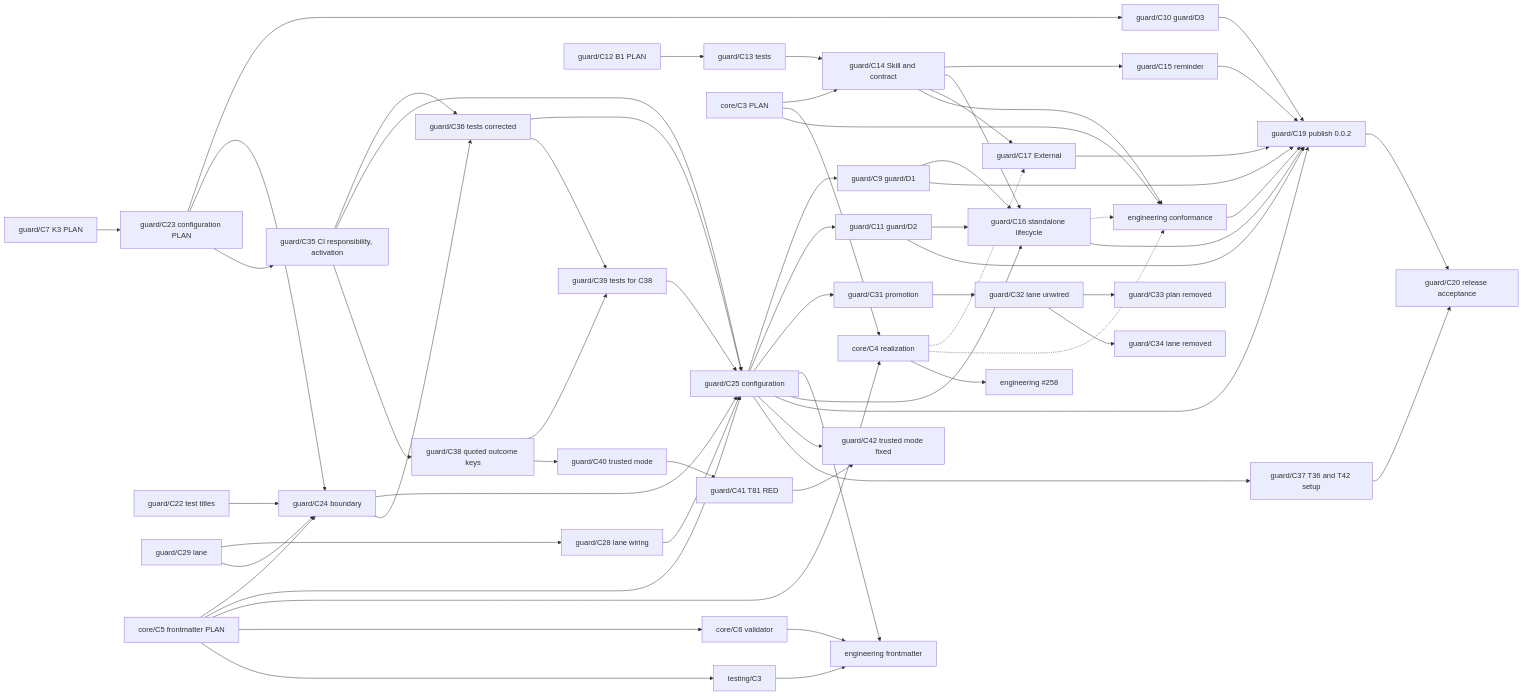
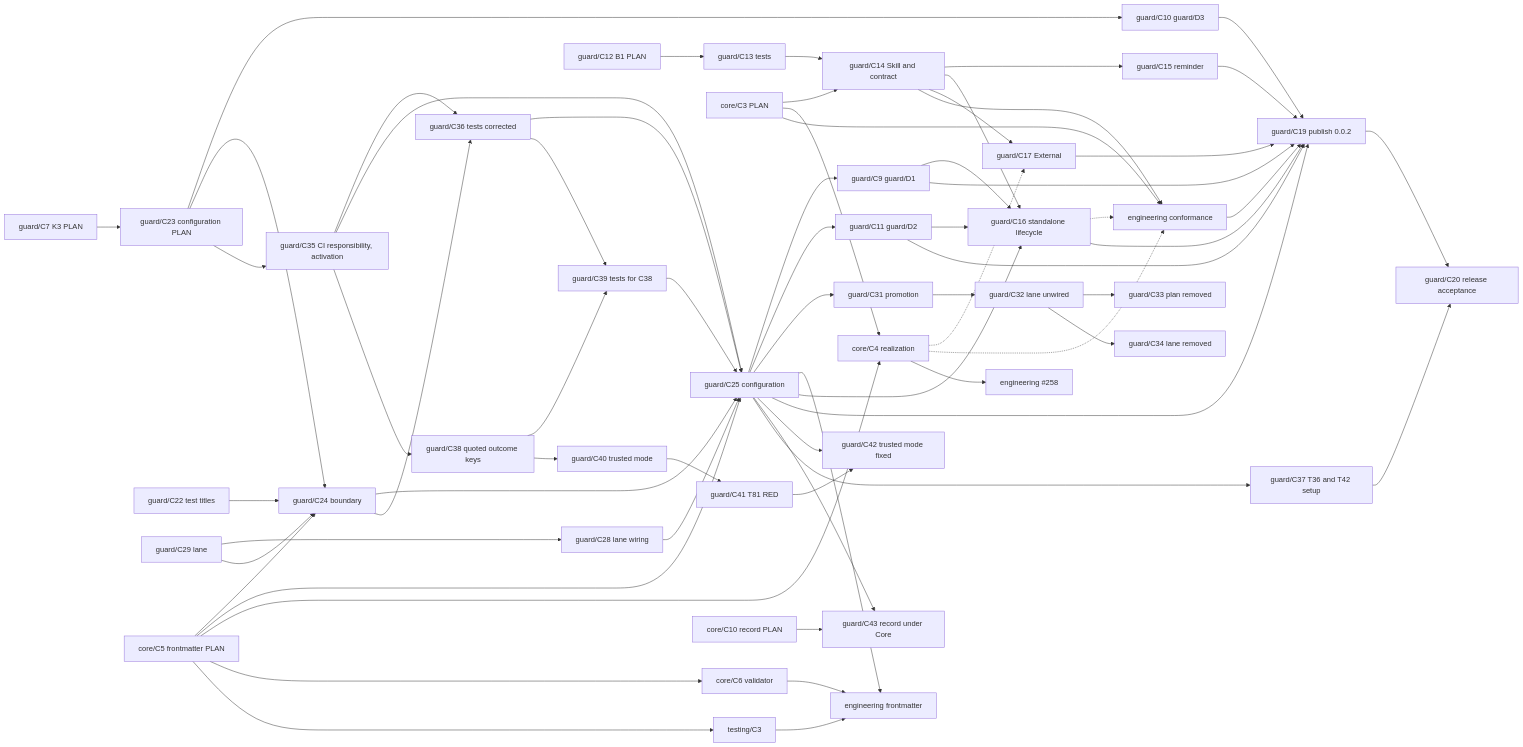
The diagram in engineering/guard/change.md (Kai-Hacks-AI/KAAL), drawn with Mermaid before and after one commit. The commit also changed other lines of this file and 1 other file, not shown here.

First line of the commit message:
guard/C43: the installation record under Core (PLAN) (#375)

````diff
--- a/engineering/guard/change.md
+++ b/engineering/guard/change.md
@@ -235,65 +238,67 @@
 ```mermaid
 graph LR
   C7[guard/C7 K3 PLAN] --> C23[guard/C23 configuration PLAN]
   C25 --> C9[guard/C9 guard/D1]
   C23 --> C10[guard/C10 guard/D3]
   C25 --> C11[guard/C11 guard/D2]
   C22[guard/C22 test titles] --> C24[guard/C24 boundary]
   C23 --> C24
   C29[guard/C29 lane] --> C28[guard/C28 lane wiring]
   C29 --> C24
   C28 --> C25
   C24 --> C25[guard/C25 configuration]
   C23 --> C35[guard/C35 CI responsibility, activation]
   C35 --> C36[guard/C36 tests corrected]
   C24 --> C36
   C35 --> C25
   C36 --> C25
   C25 --> C31[guard/C31 promotion]
   C31 --> C32[guard/C32 lane unwired]
   C32 --> C33[guard/C33 plan removed]
   C32 --> C34[guard/C34 lane removed]
   FM5 --> C24
   FM5 --> C25
   C25 --> FE
   C12[guard/C12 B1 PLAN] --> C13[guard/C13 tests]
   C13 --> C14[guard/C14 Skill and contract]
   CP[core/C3 PLAN] --> C14
   C14 --> C15[guard/C15 reminder]
   C14 --> C16[guard/C16 standalone lifecycle]
   C25 --> C16
   C9 --> C16
   C11 --> C16
   C14 --> C17[guard/C17 External]
   CP --> CR[core/C4 realization]
   FM5[core/C5 frontmatter PLAN] --> CR
   FM5 --> FM6[core/C6 validator]
   FM5 --> TT[testing/C3]
   FM6 --> FE[engineering frontmatter]
   TT --> FE
   CR -.-> C17
   C14 --> EC[engineering conformance]
   CP --> EC
   C16 -.-> EC
   CR -.-> EC
   CR --> EA[engineering #258]
   C9 --> C19[guard/C19 publish 0.0.2]
   C10 --> C19
   C11 --> C19
   C15 --> C19
   C16 --> C19
   C25 --> C19
   C17 --> C19
   EC --> C19
   C35 --> C38[guard/C38 quoted outcome keys]
   C38 --> C39[guard/C39 tests for C38]
   C36 --> C39
   C39 --> C25
   C38 --> C40[guard/C40 trusted mode]
   C40 --> C41[guard/C41 T81 RED]
   C41 --> C42[guard/C42 trusted mode fixed]
   C25 --> C42
+  C25 --> C43[guard/C43 record under Core]
+  CRC[core/C10 record PLAN] --> C43
   C25 --> C37[guard/C37 T36 and T42 setup]
   C37 --> C20[guard/C20 release acceptance]
   C19 --> C20
 ```
````
